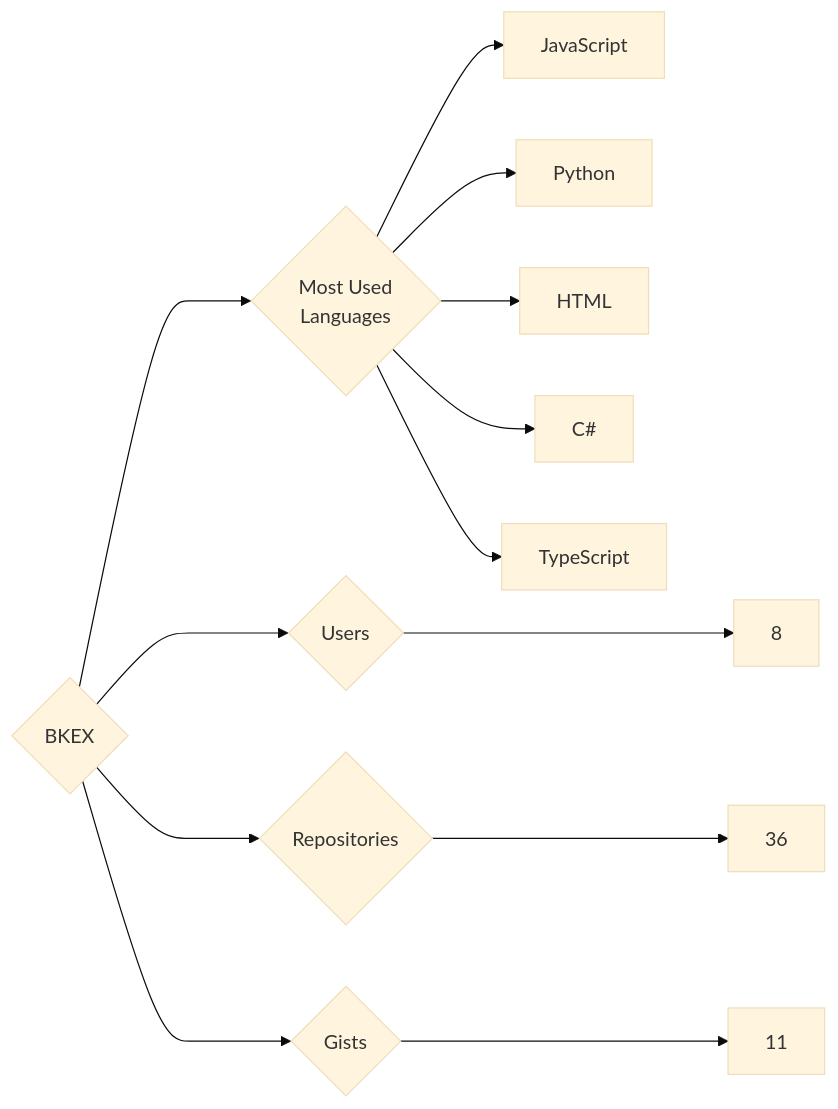
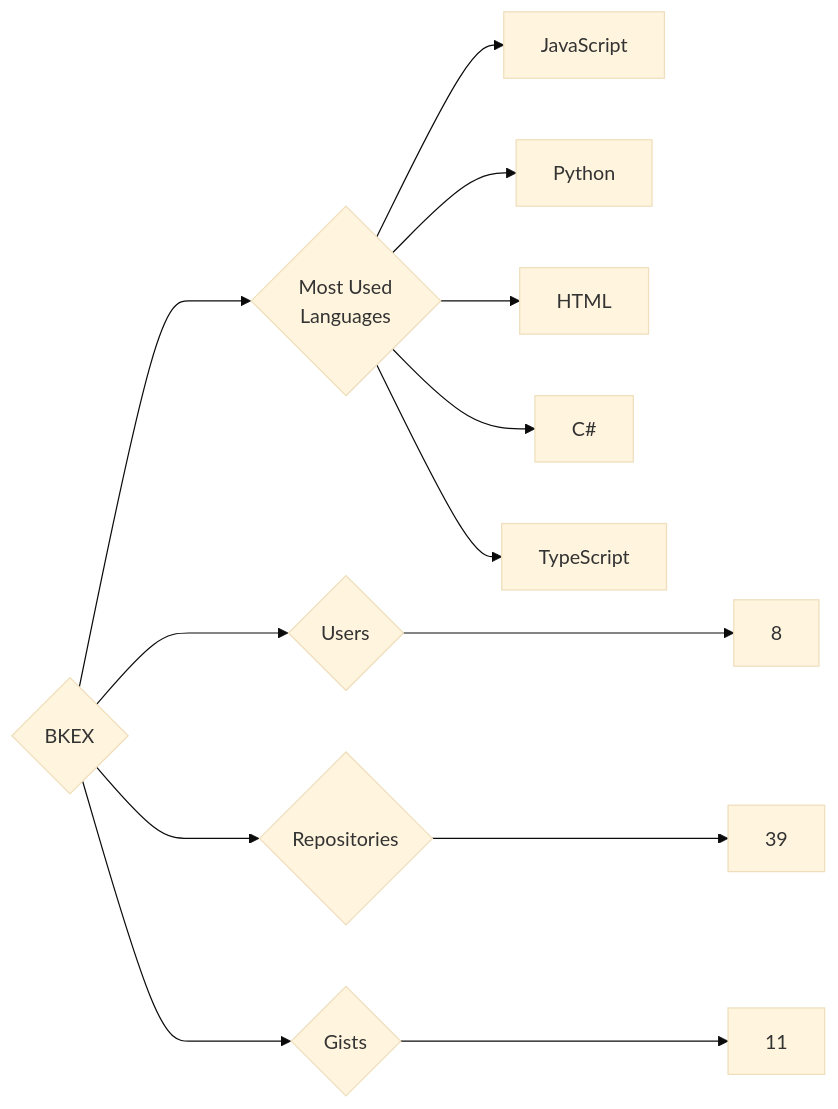
The diagram in targets/BKEX/README.md (trickest/insiders), drawn with Mermaid (base theme) before and after one commit. The commit also changed 933 other files, not shown here.

````diff
--- a/targets/BKEX/README.md
+++ b/targets/BKEX/README.md
@@ -3,13 +3,13 @@
 ```mermaid
 graph LR
 COMPANY_NAME{BKEX}
 COMPANY_NAME ---> U{Users} ---> UN[8]
-COMPANY_NAME ---> R{Repositories} ---> RN[36]
+COMPANY_NAME ---> R{Repositories} ---> RN[39]
 COMPANY_NAME ---> G{Gists} ---> GN[11]
 COMPANY_NAME ---> ML{Most Used<br>Languages}
 ML --> JavaScript[JavaScript]
 ML --> Python[Python]
 ML --> HTML[HTML]
 ML --> C#[C#]
 ML --> TypeScript[TypeScript]
 ```
````
